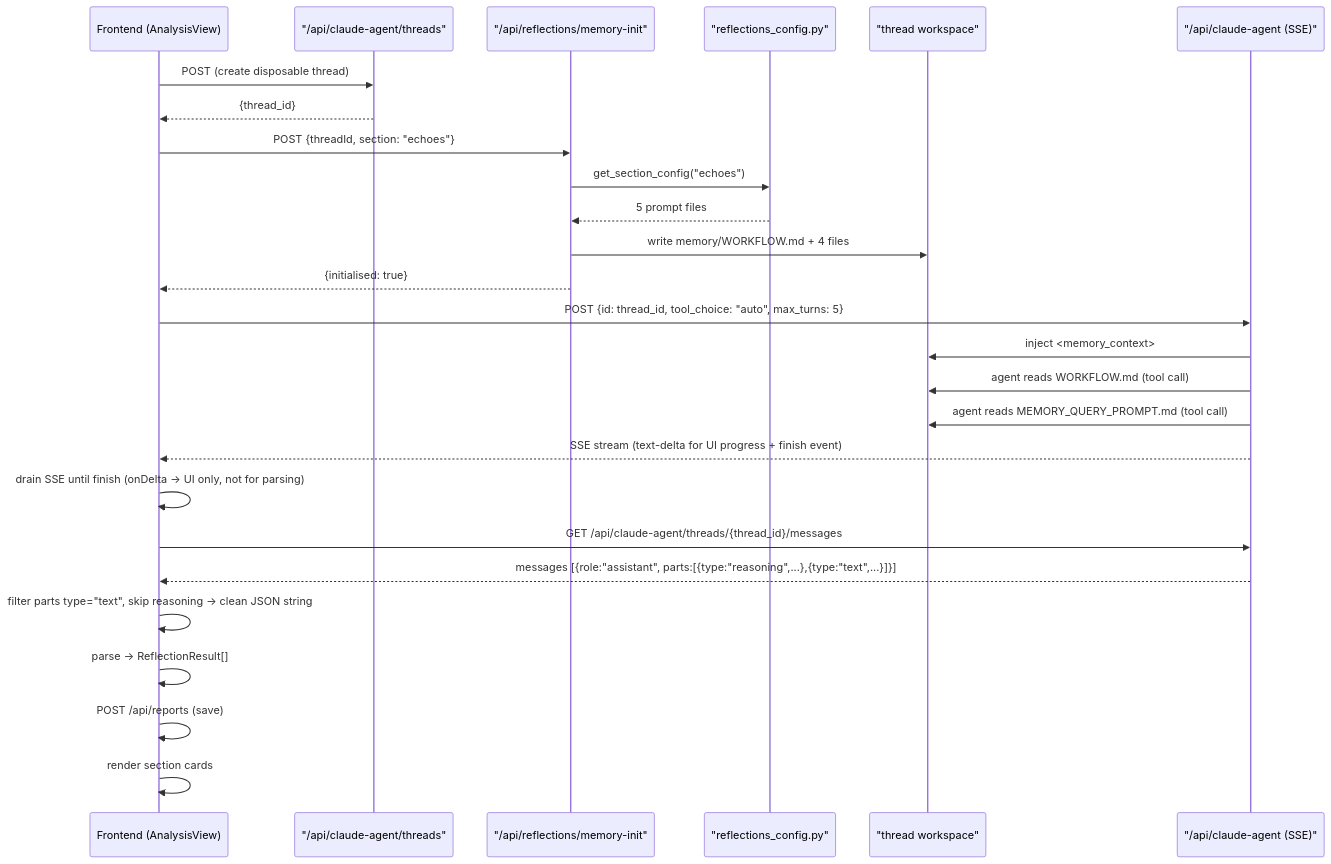
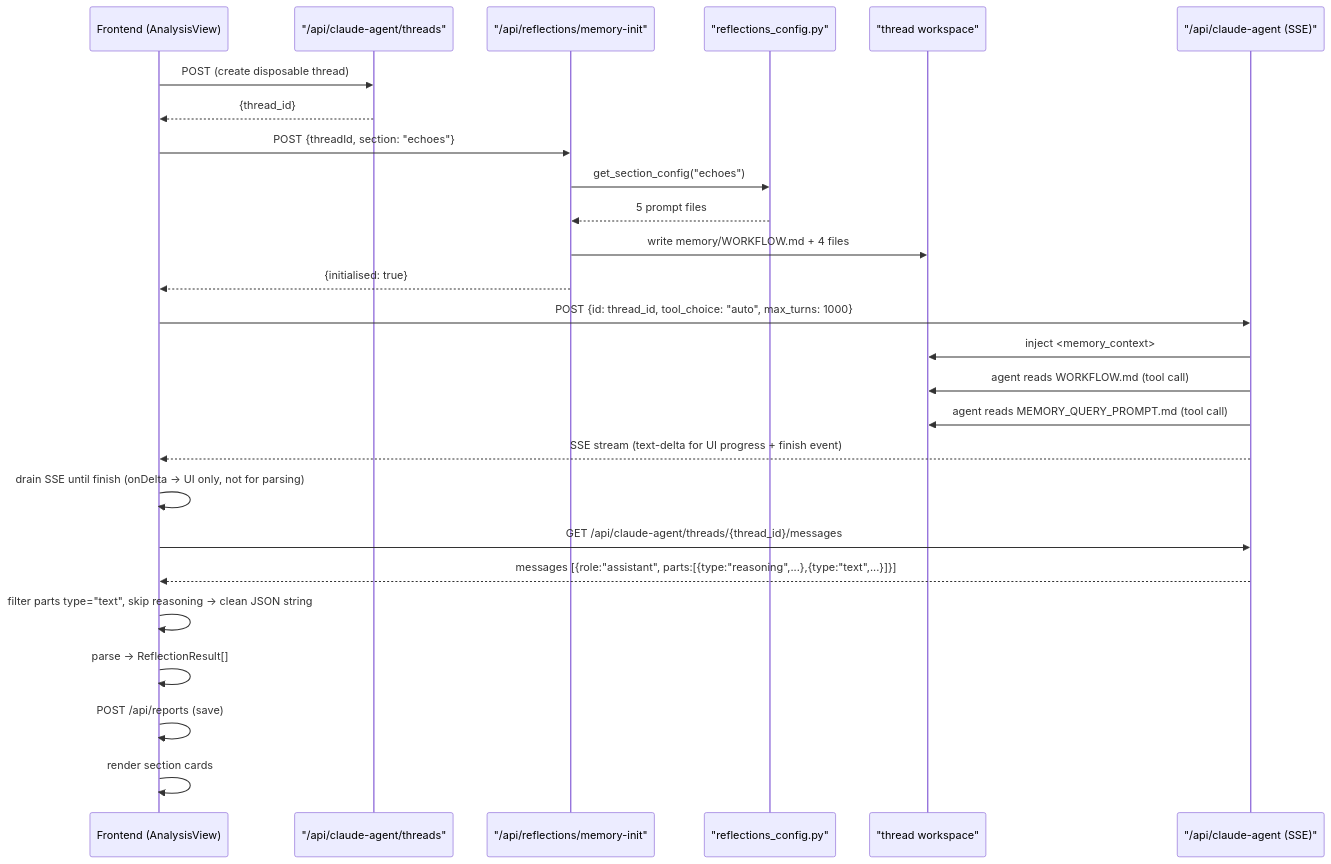
The diagram in docs/design/memory/memory-workspace-design.md (glide-the/im-dream), drawn with Mermaid before and after one commit. The commit also changed other lines of this file and 3 other files, not shown here.

Commit message:
Raise reflections agent max turns

````diff
--- a/docs/design/memory/memory-workspace-design.md
+++ b/docs/design/memory/memory-workspace-design.md
@@ -178,29 +178,29 @@
 ```mermaid
 sequenceDiagram
     participant FE as Frontend (AnalysisView)
     participant ThreadAPI as "/api/claude-agent/threads"
     participant MemInitAPI as "/api/reflections/memory-init"
     participant ReflCfg as "reflections_config.py"
     participant Workspace as "thread workspace"
     participant AgentAPI as "/api/claude-agent (SSE)"
 
     FE->>ThreadAPI: POST (create disposable thread)
     ThreadAPI-->>FE: {thread_id}
     FE->>MemInitAPI: POST {threadId, section: "echoes"}
     MemInitAPI->>ReflCfg: get_section_config("echoes")
     ReflCfg-->>MemInitAPI: 5 prompt files
     MemInitAPI->>Workspace: write memory/WORKFLOW.md + 4 files
     MemInitAPI-->>FE: {initialised: true}
-    FE->>AgentAPI: POST {id: thread_id, tool_choice: "auto", max_turns: 5}
+    FE->>AgentAPI: POST {id: thread_id, tool_choice: "auto", max_turns: 1000}
     AgentAPI->>Workspace: inject <memory_context>
     AgentAPI->>Workspace: agent reads WORKFLOW.md (tool call)
     AgentAPI->>Workspace: agent reads MEMORY_QUERY_PROMPT.md (tool call)
     AgentAPI-->>FE: SSE stream (text-delta for UI progress + finish event)
     FE->>FE: drain SSE until finish (onDelta → UI only, not for parsing)
     FE->>AgentAPI: GET /api/claude-agent/threads/{thread_id}/messages
     AgentAPI-->>FE: messages [{role:"assistant", parts:[{type:"reasoning",...},{type:"text",...}]}]
     FE->>FE: filter parts type="text", skip reasoning → clean JSON string
     FE->>FE: parse → ReflectionResult[]
     FE->>FE: POST /api/reports (save)
     FE->>FE: render section cards
 ```
````
